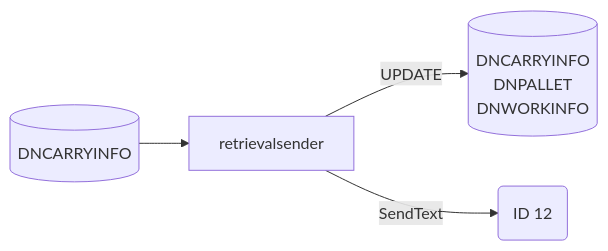
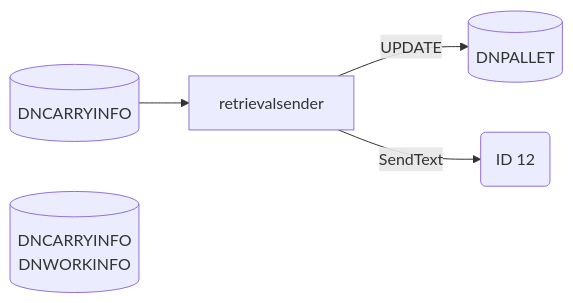
Before and after one commit to luthfiadityaa/SimeDarby-Wiki: the fifth of 17 diagrams in Basic-Design/DFD-WMS/Retrieval/QC-Setting/Retrieval-for-QC-Start.md, drawn with Mermaid.

Commit message:
Updated Retrieval for QC Start

```diff
--- a/Basic-Design/DFD-WMS/Retrieval/QC-Setting/Retrieval-for-QC-Start.md
+++ b/Basic-Design/DFD-WMS/Retrieval/QC-Setting/Retrieval-for-QC-Start.md
@@ -228,20 +228,23 @@
 ::: mermaid
 flowchart LR
 
 retrievalsender-input[("
 DNCARRYINFO
 ")]
 
 retrievalsender-update[("
+DNPALLET
+")]
+
+retrievalsender-insert[("
 DNCARRYINFO
-DNPALLET
 DNWORKINFO
 ")]
 
 id12msg("
 ID 12
 ")
 
 retrievalsender-input-->retrievalsender--> |UPDATE| retrievalsender-update
 retrievalsender--> |SendText| id12msg
 :::
```
